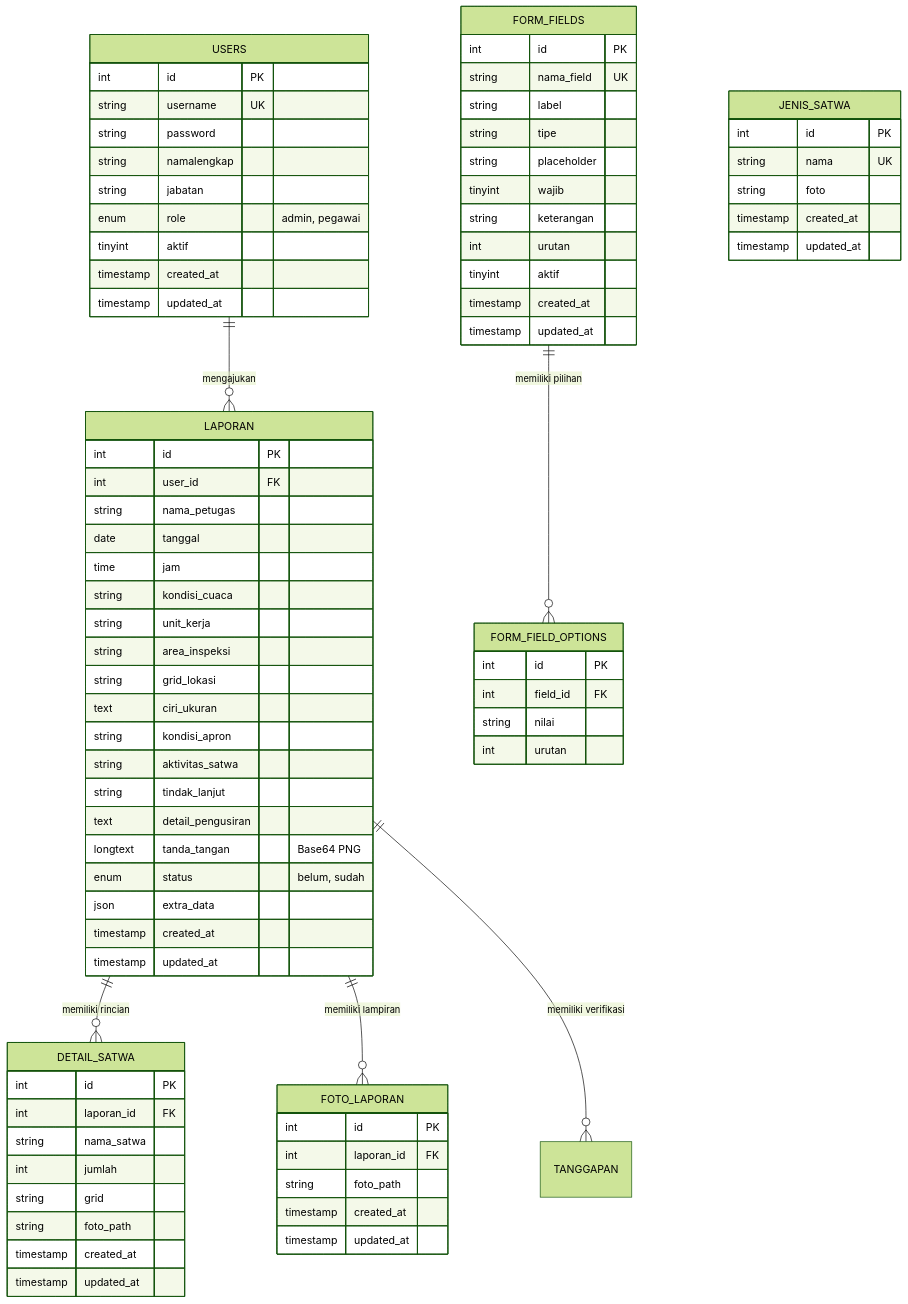
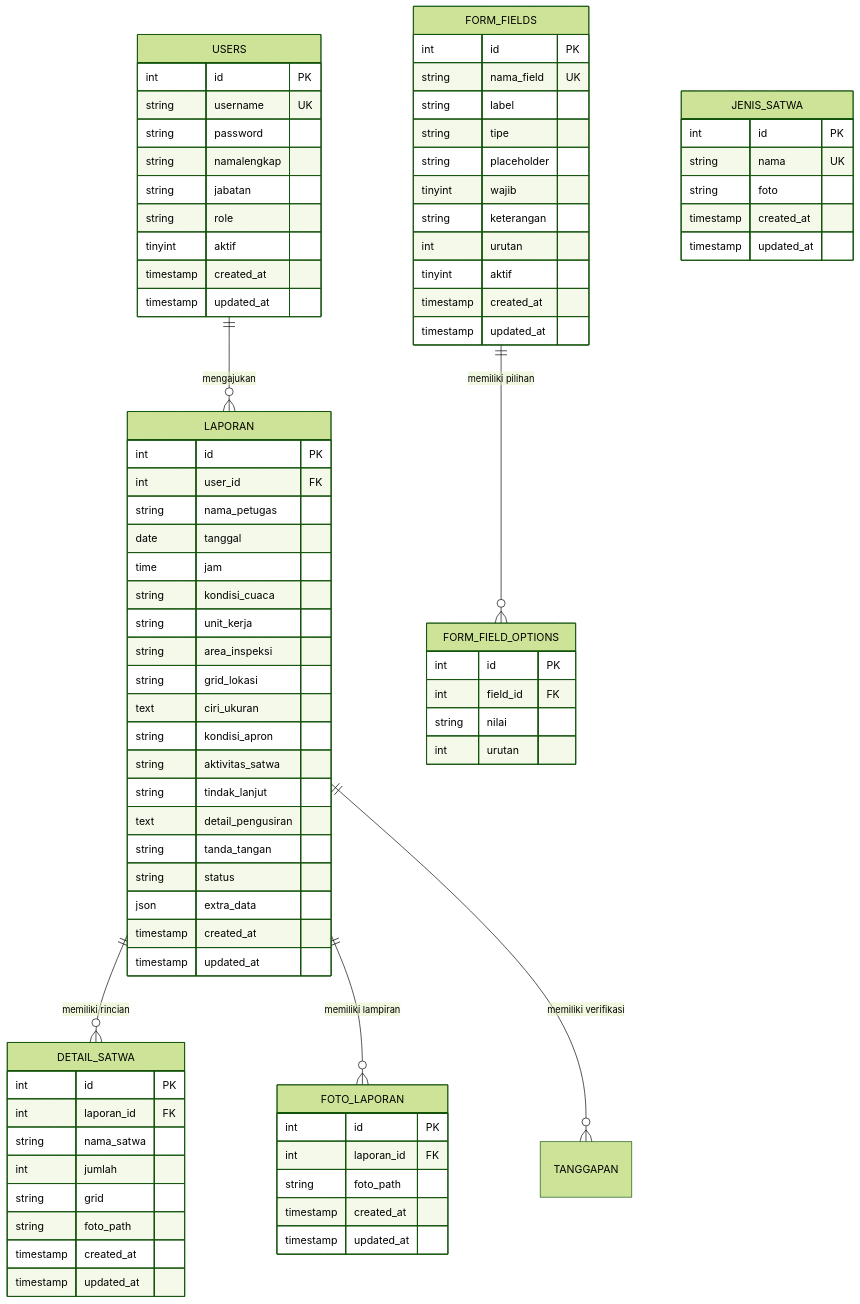
Before and after one commit to IhsannulF/Wildlife-Hazard-Management-Logbook-System-AngkasaPura: the third of 5 diagrams in prd.md, drawn with Mermaid (forest theme). The commit also changed other lines of this file, not shown here.

Commit message:
fix(docs): fix Mermaid diagram syntax errors for GitHub renderer in prd.md

```diff
--- a/prd.md
+++ b/prd.md
@@ -247,7 +247,7 @@
         string password
         string namalengkap
         string jabatan
-        enum role "admin, pegawai"
+        string role
         tinyint aktif
         timestamp created_at
         timestamp updated_at
@@ -268,8 +268,8 @@
         string aktivitas_satwa
         string tindak_lanjut
         text detail_pengusiran
-        longtext tanda_tangan "Base64 PNG"
-        enum status "belum, sudah"
+        string tanda_tangan
+        string status
         json extra_data
         timestamp created_at
         timestamp updated_at
```
